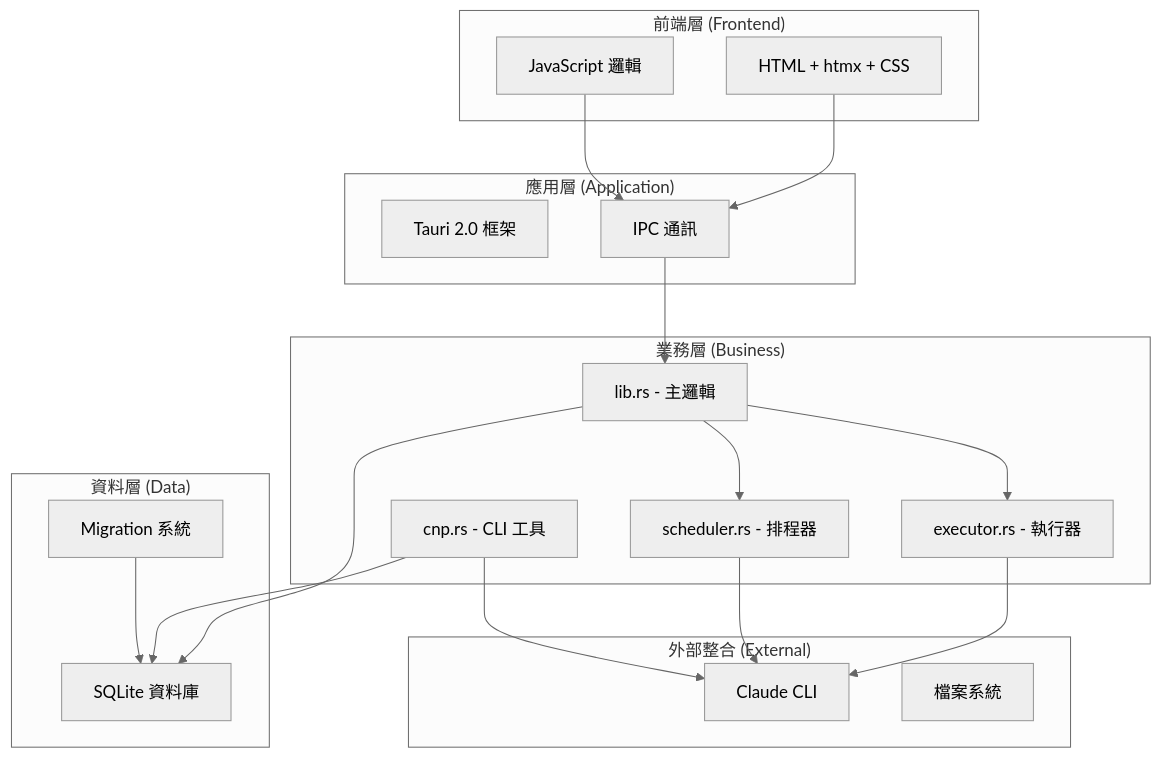
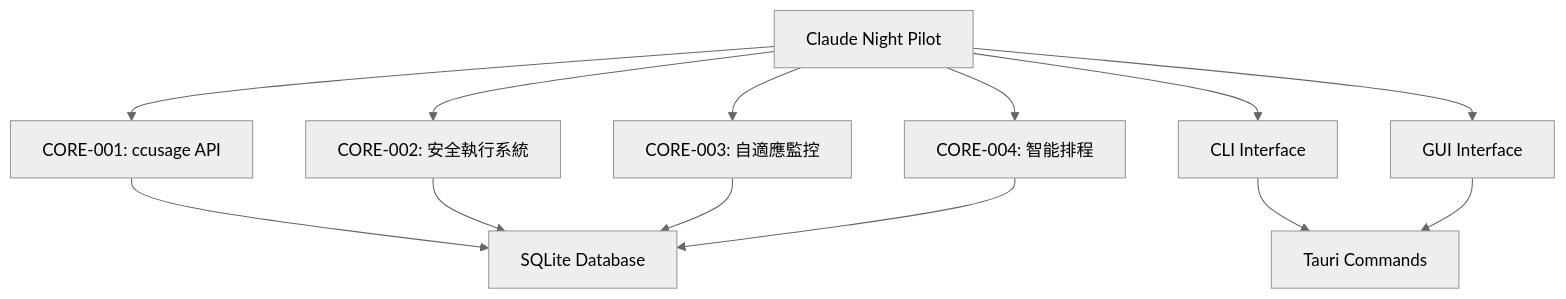
The diagram in docs/developer/PROJECT_RULES.md (s123104/Claude-Night-Pilot), drawn with Mermaid (neutral theme) before and after one commit. The commit also changed other lines of this file and 29 other files, not shown here.

````diff
--- a/docs/developer/PROJECT_RULES.md
+++ b/docs/developer/PROJECT_RULES.md
@@ -51,41 +34,18 @@
 ```mermaid
 graph TB
-    subgraph "前端層 (Frontend)"
-        UI[HTML + htmx + CSS]
-        JS[JavaScript 邏輯]
-    end
-
-    subgraph "應用層 (Application)"
-        TAURI[Tauri 2.0 框架]
-        IPC[IPC 通訊]
-    end
-
-    subgraph "業務層 (Business)"
-        LIB[lib.rs - 主邏輯]
-        EXEC[executor.rs - 執行器]
-        SCHED[scheduler.rs - 排程器]
-        CLI[cnp.rs - CLI 工具]
-    end
-
-    subgraph "資料層 (Data)"
-        DB[SQLite 資料庫]
-        MIGRATION[Migration 系統]
-    end
-
-    subgraph "外部整合 (External)"
-        CLAUDE[Claude CLI]
-        FS[檔案系統]
-    end
-
-    UI --> IPC
-    JS --> IPC
-    IPC --> LIB
-    LIB --> EXEC
-    LIB --> SCHED
-    LIB --> DB
-    EXEC --> CLAUDE
-    SCHED --> CLAUDE
-    CLI --> DB
-    CLI --> CLAUDE
-    MIGRATION --> DB
+    A[Claude Night Pilot] --> B[CORE-001: ccusage API]
+    A --> C[CORE-002: 安全執行系統]
+    A --> D[CORE-003: 自適應監控]
+    A --> E[CORE-004: 智能排程]
+    
+    B --> F[SQLite Database]
+    C --> F
+    D --> F
+    E --> F
+    
+    A --> G[CLI Interface]
+    A --> H[GUI Interface]
+    
+    G --> I[Tauri Commands]
+    H --> I
 ```
````
